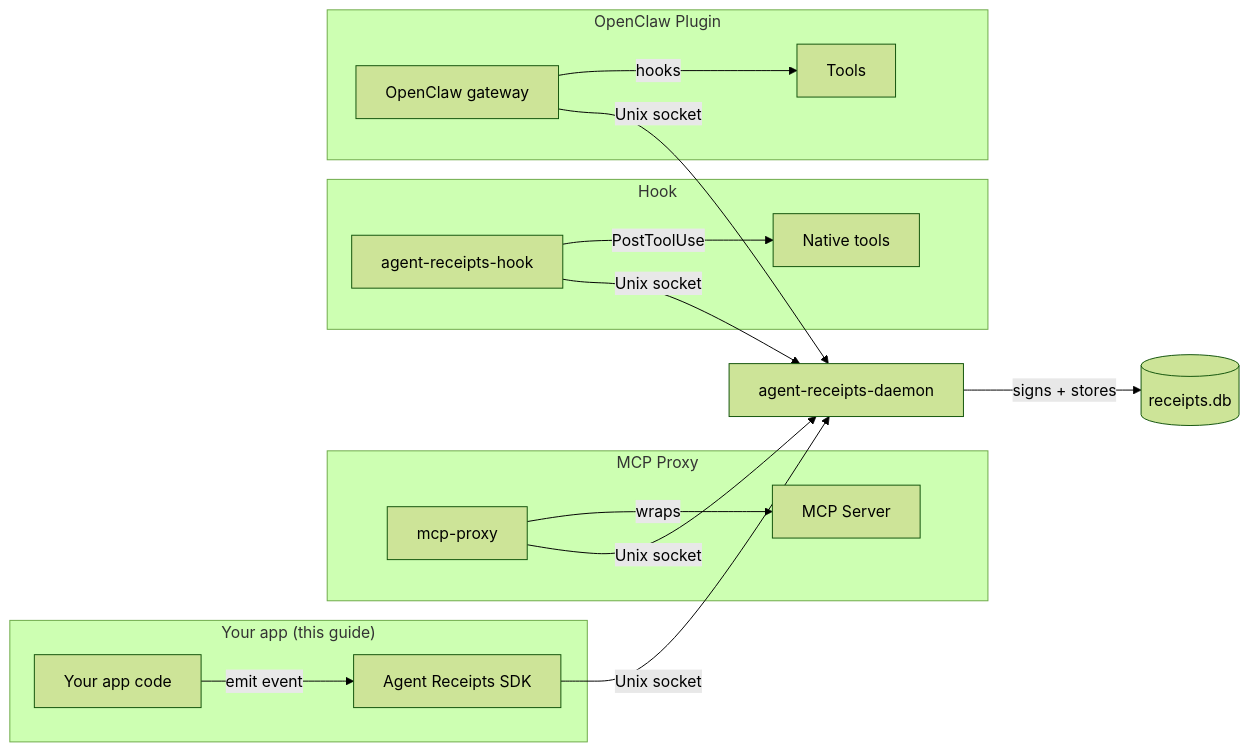
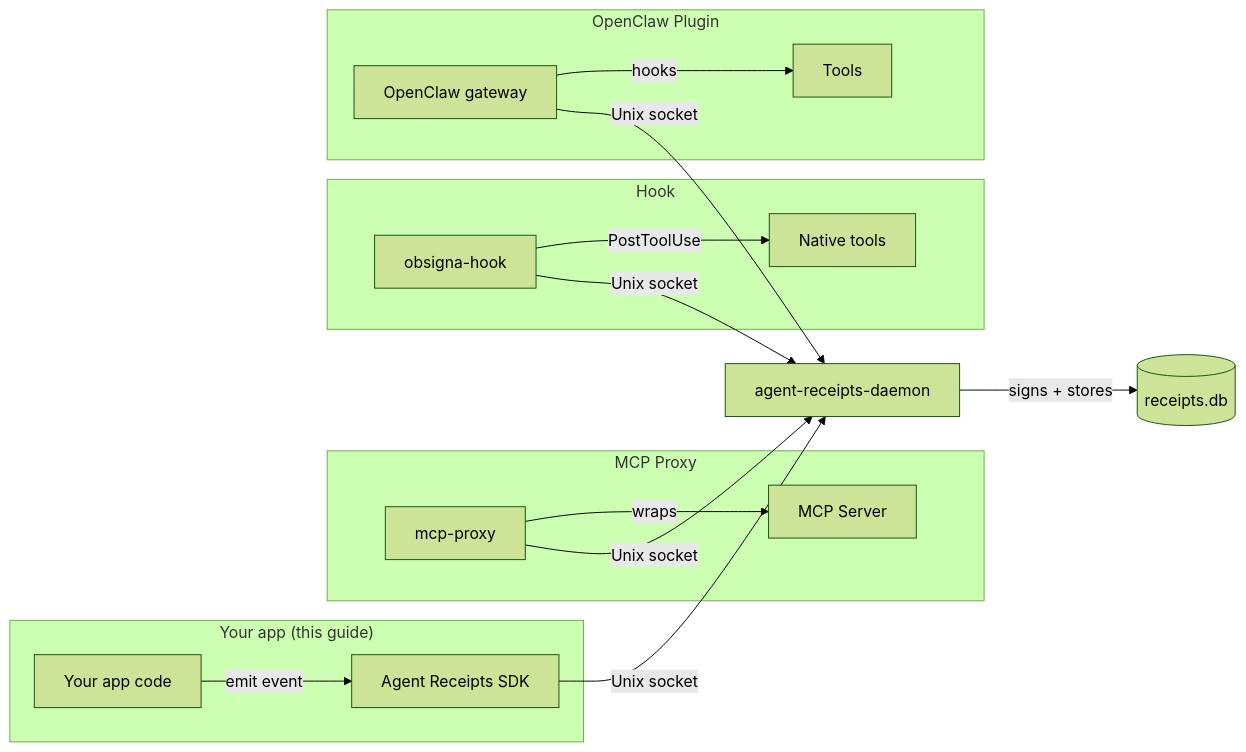
One commit to agent-receipts/ar changed the diagram in site/src/content/docs/getting-started/quick-start.mdx. Above: the diagram before and after it, drawn with Mermaid (forest theme). The commit also changed other lines of this file and 26 other files, not shown here.

First line of the commit message:
refactor(hook): minimal obsigna-hook binary + agent-receipts-hook shim (ADR-0036) (#809)

````diff
--- a/site/src/content/docs/getting-started/quick-start.mdx
+++ b/site/src/content/docs/getting-started/quick-start.mdx
@@ -17,17 +17,17 @@
 ```mermaid
 graph LR
   subgraph app["Your app (this guide)"]
     A[Your app code] -- "emit event" --> S[Agent Receipts SDK]
   end
   subgraph proxy["MCP Proxy"]
     P[mcp-proxy] -- "wraps" --> M[MCP Server]
   end
   subgraph hook["Hook"]
-    H[agent-receipts-hook] -- "PostToolUse" --> NT[Native tools]
+    H[obsigna-hook] -- "PostToolUse" --> NT[Native tools]
   end
   subgraph plugin["OpenClaw Plugin"]
     O[OpenClaw gateway] -- "hooks" --> T[Tools]
   end
   S & P & H & O -- "Unix socket" --> D[agent-receipts-daemon]
   D -- "signs + stores" --> DB[(receipts.db)]
 ```
````
